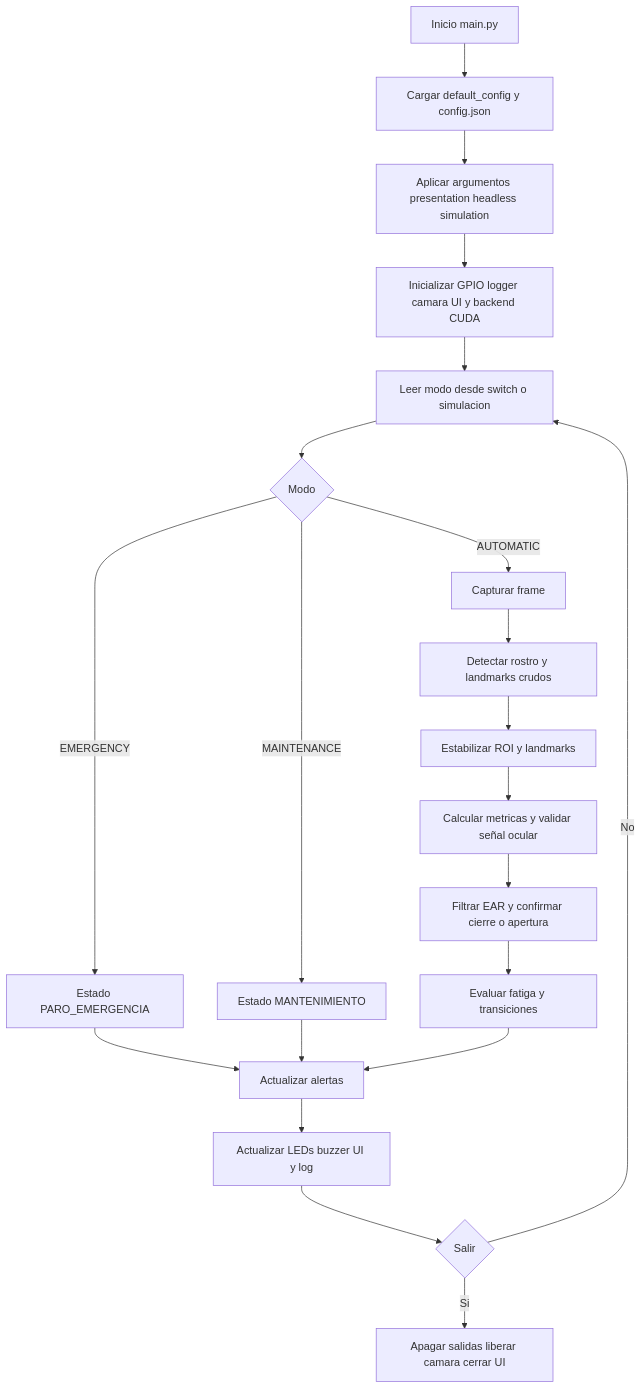
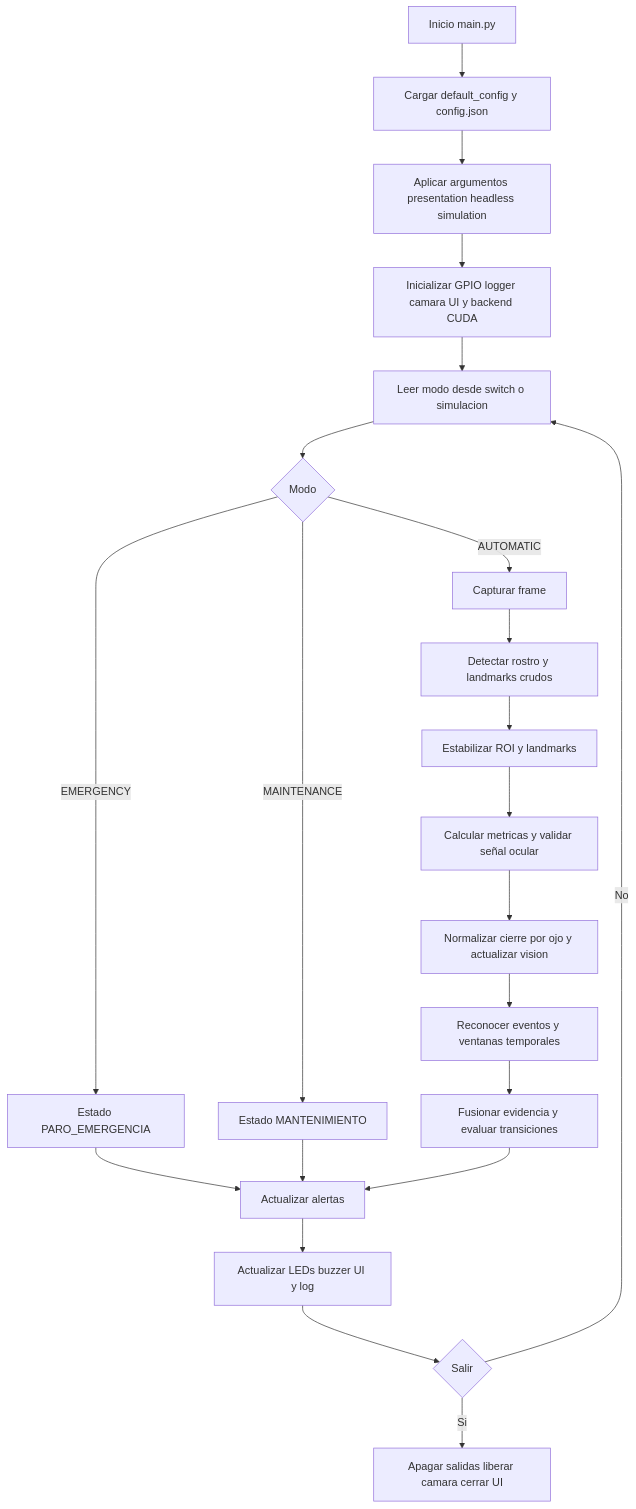
Before and after one commit to JFRo57/tt2_drowsiness_jetson: the second of 4 diagrams in DOCUMENTACION_PROYECTO.md, drawn with Mermaid. The commit also changed other lines of this file and 17 other files, not shown here.

````diff
--- a/DOCUMENTACION_PROYECTO.md
+++ b/DOCUMENTACION_PROYECTO.md
@@ -101,23 +113,24 @@
 ```mermaid
 flowchart TD
     A[Inicio main.py] --> B[Cargar default_config y config.json]
     B --> C[Aplicar argumentos presentation headless simulation]
     C --> D[Inicializar GPIO logger camara UI y backend CUDA]
     D --> E[Leer modo desde switch o simulacion]
     E --> F{Modo}
     F -->|EMERGENCY| G[Estado PARO_EMERGENCIA]
     F -->|MAINTENANCE| H[Estado MANTENIMIENTO]
     F -->|AUTOMATIC| I[Capturar frame]
     I --> J[Detectar rostro y landmarks crudos]
     J --> K[Estabilizar ROI y landmarks]
     K --> Q[Calcular metricas y validar señal ocular]
-    Q --> R[Filtrar EAR y confirmar cierre o apertura]
-    R --> L[Evaluar fatiga y transiciones]
+    Q --> R[Normalizar cierre por ojo y actualizar vision]
+    R --> S[Reconocer eventos y ventanas temporales]
+    S --> L[Fusionar evidencia y evaluar transiciones]
     G --> M[Actualizar alertas]
     H --> M
     L --> M
     M --> N[Actualizar LEDs buzzer UI y log]
     N --> O{Salir}
     O -->|No| E
     O -->|Si| P[Apagar salidas liberar camara cerrar UI]
 ```
````
